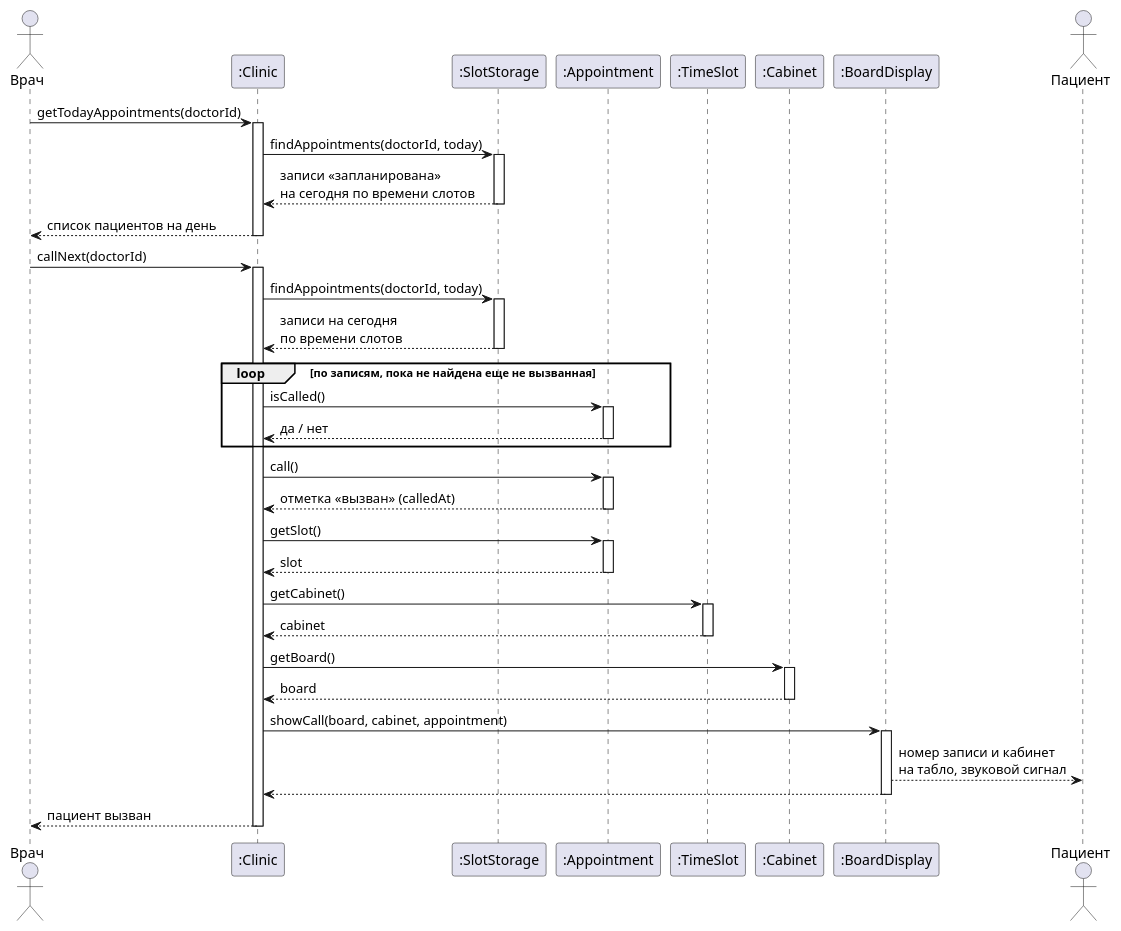
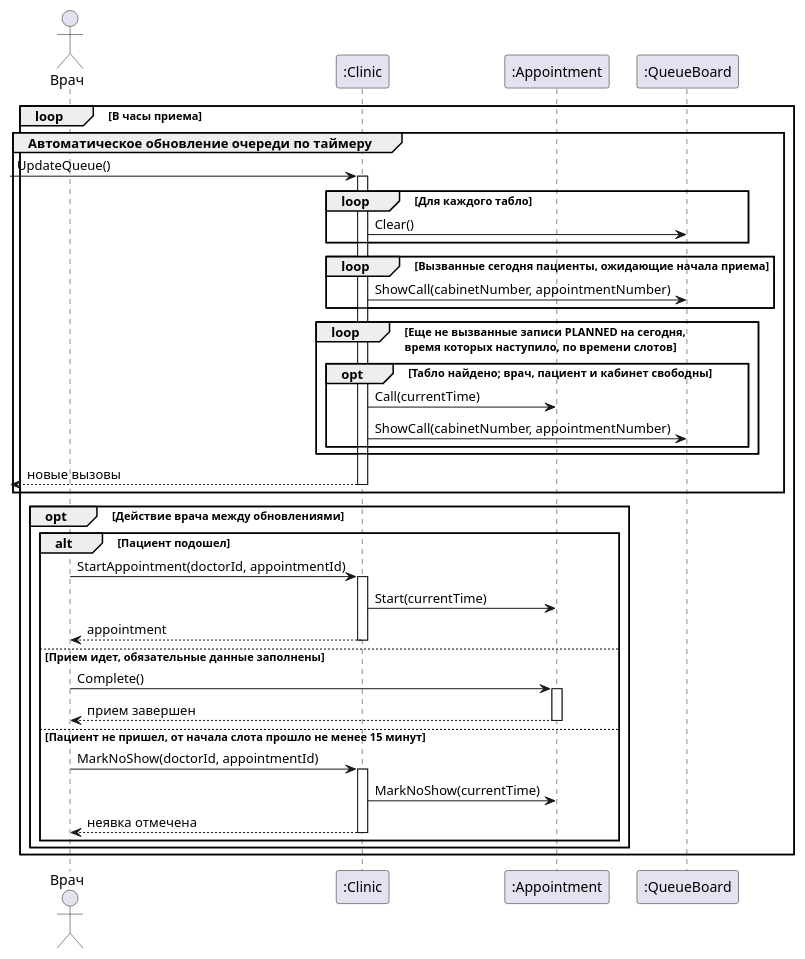
Before and after one commit to penamarth/bsbo-11-24_team3_var3_clinic: the diagram in Прецеденты/Электронная очередь/Диаграмма последовательности Электронная очередь.md, drawn with PlantUML. The commit also changed other lines of this file and 2 other files, not shown here.

Commit message:
docs: электронная очередь под автоматический вызов

````diff
--- a/Прецеденты/Электронная очередь/Диаграмма последовательности Электронная очередь.md
+++ b/Прецеденты/Электронная очередь/Диаграмма последовательности Электронная очередь.md
@@ -7,38 +9,43 @@
 ```plantuml
 @startuml queue-sequence
 actor Врач
 participant ":Clinic" as C
-participant ":SlotStorage" as SS
 participant ":Appointment" as A
-participant ":TimeSlot" as Slot
-participant ":Cabinet" as Cab
-participant ":BoardDisplay" as B
-actor Пациент
+participant ":QueueBoard" as B
 
-Врач -> C ++ : getTodayAppointments(doctorId)
-C -> SS ++ : findAppointments(doctorId, today)
-SS --> C -- : записи «запланирована»\nна сегодня по времени слотов
-C --> Врач -- : список пациентов на день
+loop В часы приема
+  group Автоматическое обновление очереди по таймеру
+    [-> C ++ : UpdateQueue()
+    loop Для каждого табло
+      C -> B : Clear()
+    end
+    loop Вызванные сегодня пациенты, ожидающие начала приема
+      C -> B : ShowCall(cabinetNumber, appointmentNumber)
+    end
+    loop Еще не вызванные записи PLANNED на сегодня,\nвремя которых наступило, по времени слотов
+      opt Табло найдено; врач, пациент и кабинет свободны
+        C -> A : Call(currentTime)
+        C -> B : ShowCall(cabinetNumber, appointmentNumber)
+      end
+    end
+    [<-- C -- : новые вызовы
+  end
 
-Врач -> C ++ : callNext(doctorId)
-C -> SS ++ : findAppointments(doctorId, today)
-SS --> C -- : записи на сегодня\nпо времени слотов
-loop по записям, пока не найдена еще не вызванная
-  C -> A ++ : isCalled()
-  A --> C -- : да / нет
+  opt Действие врача между обновлениями
+    alt Пациент подошел
+      Врач -> C ++ : StartAppointment(doctorId, appointmentId)
+      C -> A : Start(currentTime)
+      C --> Врач -- : appointment
+    else Прием идет, обязательные данные заполнены
+      Врач -> A ++ : Complete()
+      A --> Врач -- : прием завершен
+    else Пациент не пришел, от начала слота прошло не менее 15 минут
+      Врач -> C ++ : MarkNoShow(doctorId, appointmentId)
+      C -> A : MarkNoShow(currentTime)
+      C --> Врач -- : неявка отмечена
+    end
+  end
 end
-C -> A ++ : call()
-A --> C -- : отметка «вызван» (calledAt)
-C -> A ++ : getSlot()
-A --> C -- : slot
-C -> Slot ++ : getCabinet()
-Slot --> C -- : cabinet
-C -> Cab ++ : getBoard()
-Cab --> C -- : board
-C -> B ++ : showCall(board, cabinet, appointment)
-B --> Пациент : номер записи и кабинет\nна табло, звуковой сигнал
-B --> C --
-C --> Врач -- : пациент вызван
 
 @enduml
 ```
````
